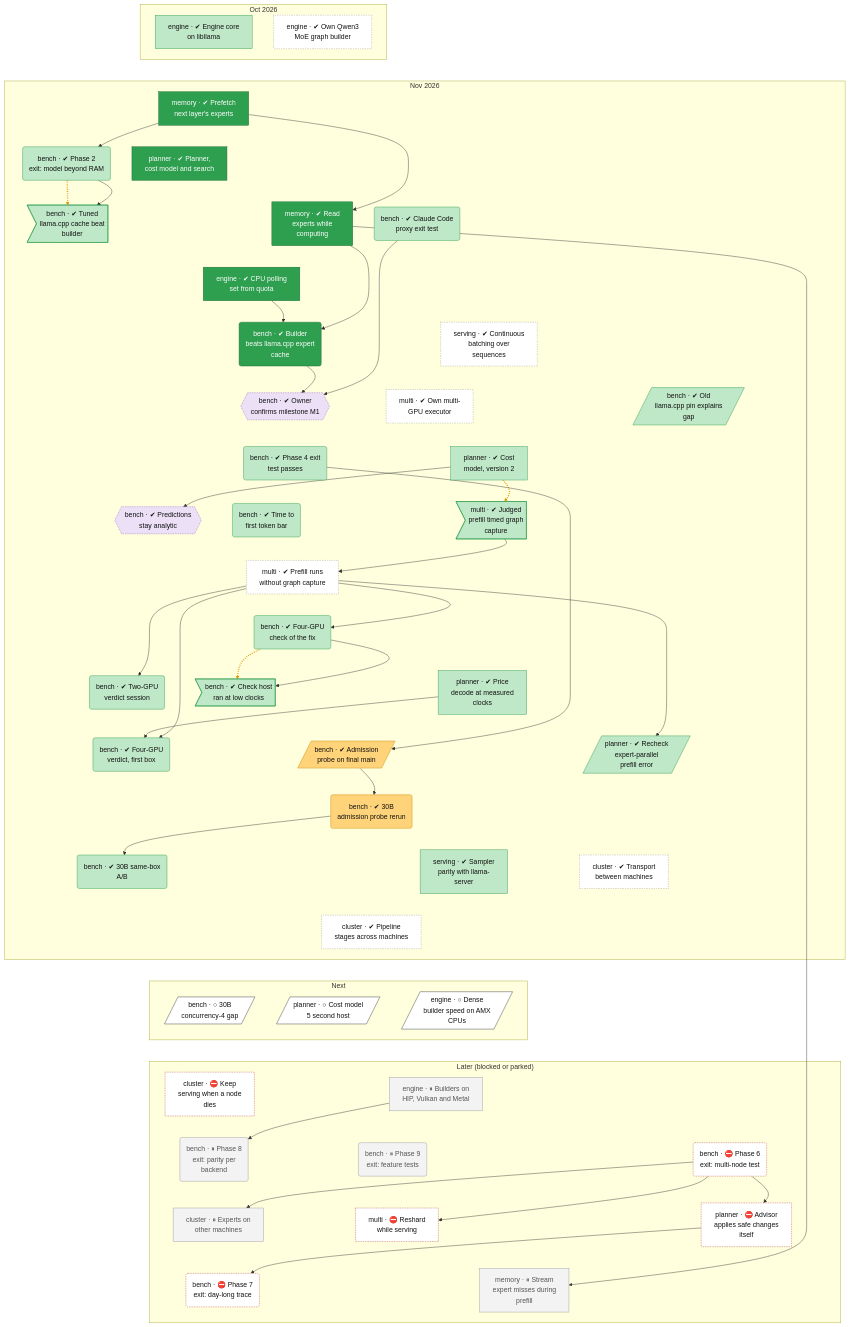
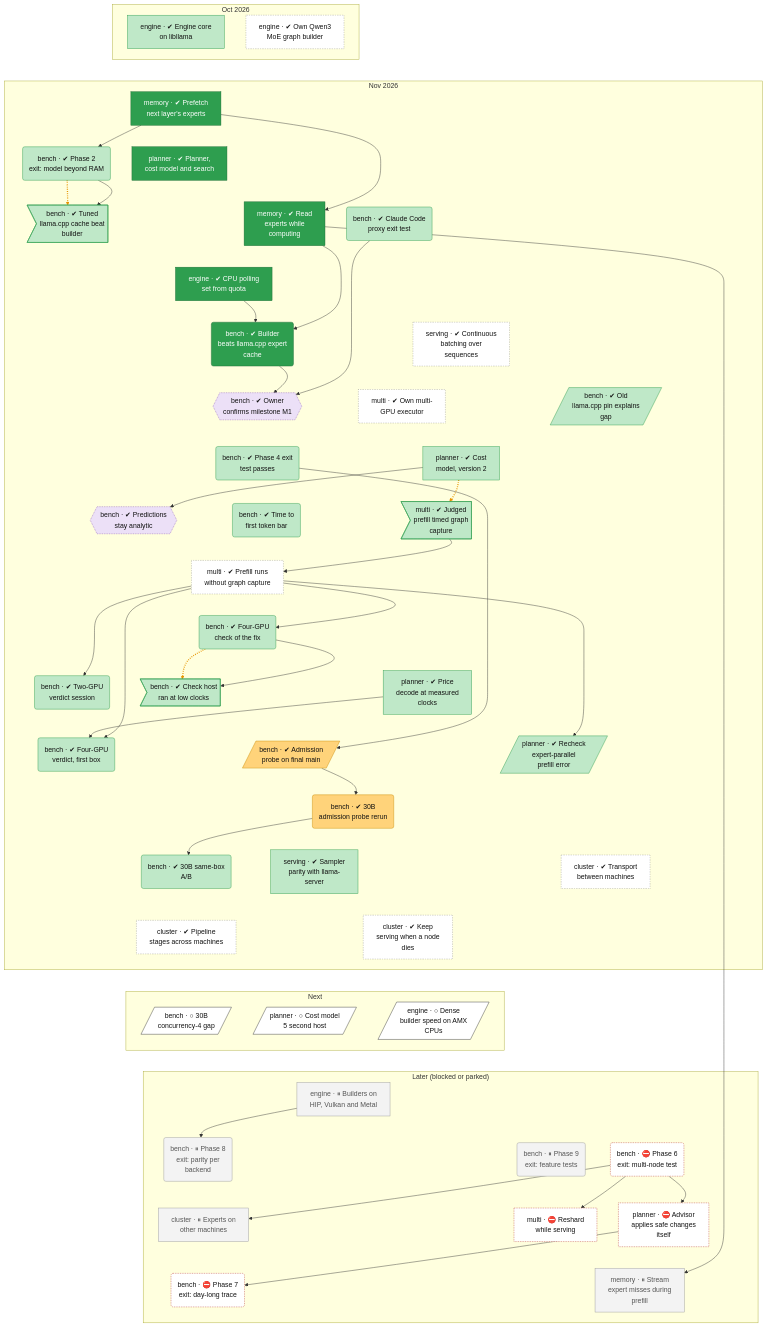
The second of 2 diagrams in docs/roadmap.md (lhns/tetraeder), drawn with Mermaid before and after one commit. The commit also changed other lines of this file and 4 other files, not shown here.

Commit message:
Phase 6 step 5, ADR 0091: History of step 5 with the CI lines, nodes cluster-replicas, cluster-join-leave, cluster-failover and cluster-remote-kv done; not measured

````diff
--- a/docs/roadmap.md
+++ b/docs/roadmap.md
@@ -136,6 +136,7 @@
         serving_parity_sampling["serving · ✔ Sampler<br/>parity with llama-<br/>server"]
         cluster_transport["cluster · ✔ Transport<br/>between machines"]
         cluster_pipeline_nodes["cluster · ✔ Pipeline<br/>stages across machines"]
+        cluster_failover["cluster · ✔ Keep<br/>serving when a node<br/>dies"]
     end
     subgraph bd_2["Next"]
         bench_30b_c4_gap[/"bench · ○ 30B<br/>concurrency-4 gap"/]
@@ -143,7 +144,6 @@
         engine_dense_amx[/"engine · ○ Dense<br/>builder speed on AMX<br/>CPUs"/]
     end
     subgraph bd_3["Later (blocked or parked)"]
-        cluster_failover["cluster · ⛔ Keep<br/>serving when a node<br/>dies"]
         engine_backend_parity["engine · ⏸ Builders on<br/>HIP, Vulkan and Metal"]
         bench_phase8_exit("bench · ⏸ Phase 8<br/>exit: parity per<br/>backend")
         bench_phase9_exit("bench · ⏸ Phase 9<br/>exit: feature tests")
@@ -192,15 +192,15 @@
     bench_d2a_30b ~~~ serving_parity_sampling
     bench_d2a_30b ~~~ cluster_transport
     bench_ab30b ~~~ cluster_pipeline_nodes
-    serving_parity_sampling ~~~ cluster_pipeline_nodes
-    cluster_transport ~~~ cluster_pipeline_nodes
+    serving_parity_sampling ~~~ cluster_failover
+    cluster_transport ~~~ cluster_failover
     cluster_pipeline_nodes ~~~ bench_30b_c4_gap
-    cluster_pipeline_nodes ~~~ planner_cost_model_v5_host2
-    cluster_pipeline_nodes ~~~ engine_dense_amx
-    bench_30b_c4_gap ~~~ cluster_failover
+    cluster_failover ~~~ planner_cost_model_v5_host2
+    cluster_failover ~~~ engine_dense_amx
+    bench_30b_c4_gap ~~~ engine_backend_parity
     planner_cost_model_v5_host2 ~~~ engine_backend_parity
     engine_dense_amx ~~~ engine_backend_parity
-    cluster_failover ~~~ bench_phase8_exit
+    engine_backend_parity ~~~ bench_phase8_exit
     engine_backend_parity ~~~ bench_phase9_exit
     engine_backend_parity ~~~ bench_phase6_exit
     bench_phase8_exit ~~~ cluster_experts_nodes
@@ -251,12 +251,12 @@
     classDef decided fill:#ece0f7,stroke:#7b3fb5,stroke-dasharray:2 2,color:#111
     classDef finding fill:#ffe0b2,stroke:#d84315,stroke-width:2px,color:#111
     classDef waiting fill:#e3f2fd,stroke:#1f6fc5,stroke-dasharray:5 5,color:#111
-    class multi_prefill_no_capture,engine_moe_builder,multi_executor,serving_batching,cluster_transport,cluster_pipeline_nodes unrated
+    class multi_prefill_no_capture,engine_moe_builder,multi_executor,serving_batching,cluster_transport,cluster_pipeline_nodes,cluster_failover unrated
     class engine_libllama,planner_cost_v2,multi_defect_capture,bench_phase2_exit,bench_defect_tuned_cache,bench_phase3b_proxy,bench_pin_ab,bench_phase4_exit,bench_ttft,bench_s3f2,bench_defect_s3f2_clock,bench_v2_verdict,planner_cost_model_v5,bench_v4a_verdict,bench_ab30b,serving_parity_sampling,planner_ep_prefill_recheck succ
     class engine_cpu_poll,memory_prefetch,memory_io_service,planner_core,bench_m1_point1 vsucc
     class bench_owner_m1,bench_owner_analytic decided
     class bench_d2a_probe,bench_d2a_30b mixed
     class bench_30b_c4_gap,planner_cost_model_v5_host2,engine_dense_amx next
     class cluster_experts_nodes,engine_backend_parity,bench_phase8_exit,bench_phase9_exit,memory_prefill_misses parked
-    class cluster_failover,bench_phase6_exit,multi_live_reshard,planner_advisor_auto,bench_phase7_exit blocked
+    class bench_phase6_exit,multi_live_reshard,planner_advisor_auto,bench_phase7_exit blocked
 ```
````
